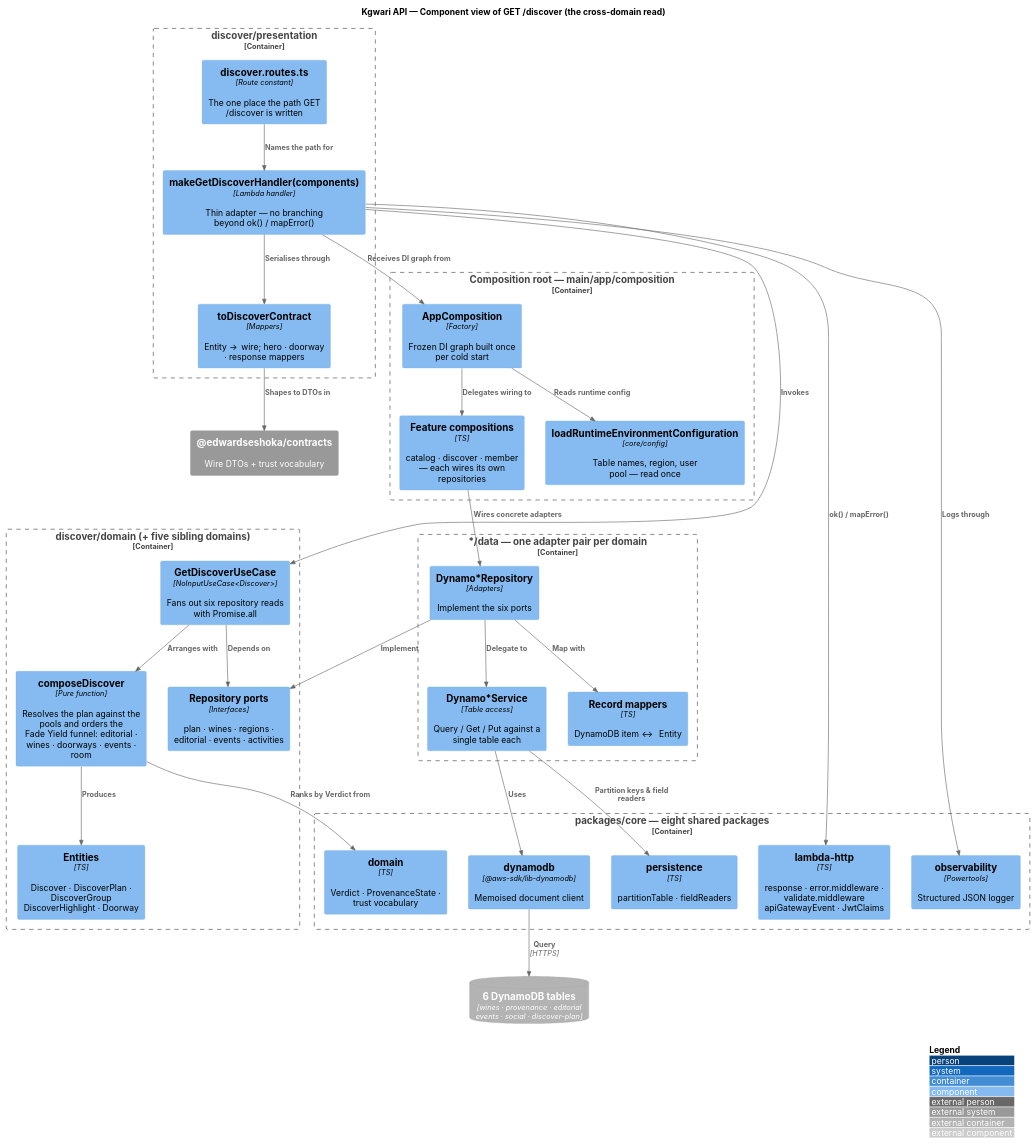
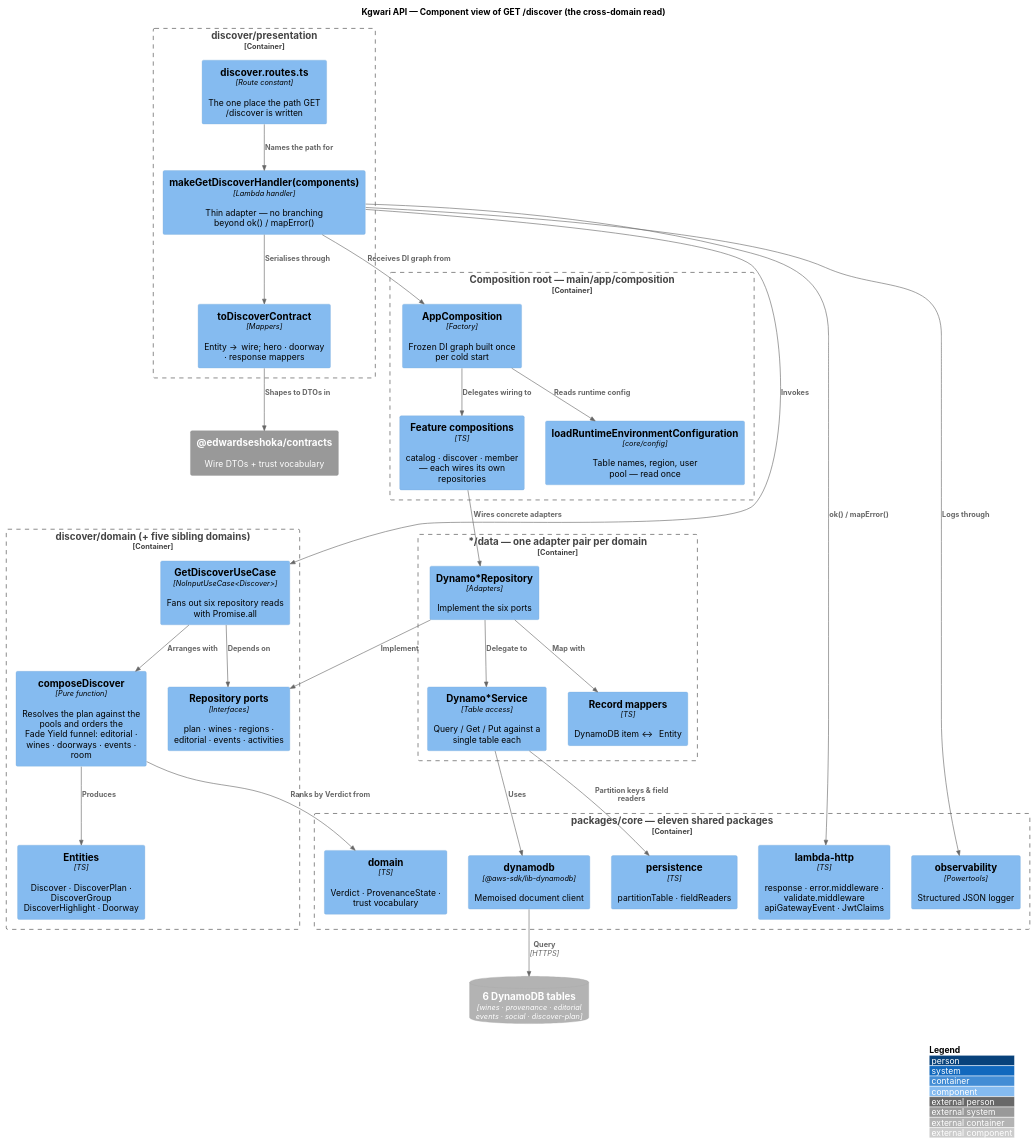
The diagram in site-src/diagrams/be-component.puml (EdwardSeshoka/kgwari-portfolio), drawn with PlantUML before and after one commit. The commit also changed 57 other files, not shown here.

```diff
--- a/site-src/diagrams/be-component.puml
+++ b/site-src/diagrams/be-component.puml
@@ -1,69 +1,69 @@
 @startuml
 !include https://raw.githubusercontent.com/plantuml-stdlib/C4-PlantUML/master/C4_Component.puml
 
 LAYOUT_WITH_LEGEND()
 HIDE_STEREOTYPE()
 skinparam backgroundColor #FFFFFF
 skinparam defaultFontName "Inter"
 skinparam shadowing false
 
 title Kgwari API — Component view of GET /discover (the cross-domain read)
 
 Container_Boundary(presentation, "discover/presentation") {
   Component(handler, "makeGetDiscoverHandler(components)", "Lambda handler", "Thin adapter — no branching beyond ok() / mapError()")
   Component(respMapper, "toDiscoverContract", "Mappers", "Entity -> wire; hero · doorway · response mappers")
   Component(routes, "discover.routes.ts", "Route constant", "The one place the path GET /discover is written")
 }
 
 Container_Boundary(composition, "Composition root — main/app/composition") {
   Component(appComp, "AppComposition", "Factory", "Frozen DI graph built once per cold start")
   Component(featureComp, "Feature compositions", "TS", "catalog · discover · member — each wires its own repositories")
   Component(envCfg, "loadRuntimeEnvironmentConfiguration", "core/config", "Table names, region, user pool — read once")
 }
 
 Container_Boundary(domain, "discover/domain (+ five sibling domains)") {
   Component(usecase, "GetDiscoverUseCase", "NoInputUseCase<Discover>", "Fans out six repository reads with Promise.all")
   Component(composer, "composeDiscover", "Pure function", "Resolves the plan against the pools and orders the\nFade Yield funnel: editorial · wines · doorways · events · room")
   Component(entities, "Entities", "TS", "Discover · DiscoverPlan · DiscoverGroup\nDiscoverHighlight · Doorway")
   Component(ports, "Repository ports", "Interfaces", "plan · wines · regions · editorial · events · activities")
 }
 
 Container_Boundary(dataLayer, "*/data — one adapter pair per domain") {
   Component(repos, "Dynamo*Repository", "Adapters", "Implement the six ports")
   Component(services, "Dynamo*Service", "Table access", "Query / Get / Put against a single table each")
   Component(recMappers, "Record mappers", "TS", "DynamoDB item <-> Entity")
 }
 
-Container_Boundary(core, "packages/core — eight shared packages") {
+Container_Boundary(core, "packages/core — eleven shared packages") {
   Component(lambdaHttp, "lambda-http", "TS", "response · error.middleware · validate.middleware\napiGatewayEvent · JwtClaims")
   Component(persistCore, "persistence", "TS", "partitionTable · fieldReaders")
   Component(dynClient, "dynamodb", "@aws-sdk/lib-dynamodb", "Memoised document client")
   Component(obs, "observability", "Powertools", "Structured JSON logger")
   Component(domainCore, "domain", "TS", "Verdict · ProvenanceState · trust vocabulary")
 }
 
 ContainerDb_Ext(ddb, "6 DynamoDB tables", "wines · provenance · editorial\nevents · social · discover-plan")
 System_Ext(contracts, "@edwardseshoka/contracts", "Wire DTOs + trust vocabulary")
 
 Rel(routes, handler, "Names the path for")
 Rel(handler, appComp, "Receives DI graph from")
 Rel(appComp, featureComp, "Delegates wiring to")
 Rel(appComp, envCfg, "Reads runtime config")
 Rel(featureComp, repos, "Wires concrete adapters")
 Rel(handler, usecase, "Invokes")
 Rel(usecase, ports, "Depends on")
 Rel(usecase, composer, "Arranges with")
 Rel(composer, entities, "Produces")
 Rel(composer, domainCore, "Ranks by Verdict from")
 Rel(repos, ports, "Implement")
 Rel(repos, services, "Delegate to")
 Rel(repos, recMappers, "Map with")
 Rel(services, persistCore, "Partition keys & field readers")
 Rel(services, dynClient, "Uses")
 Rel(dynClient, ddb, "Query", "HTTPS")
 Rel(handler, respMapper, "Serialises through")
 Rel(respMapper, contracts, "Shapes to DTOs in")
 Rel(handler, lambdaHttp, "ok() / mapError()")
 Rel(handler, obs, "Logs through")
 
 @enduml
```
